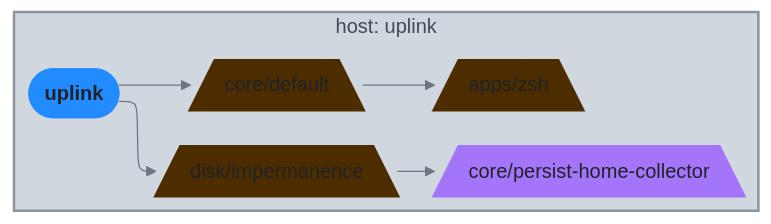
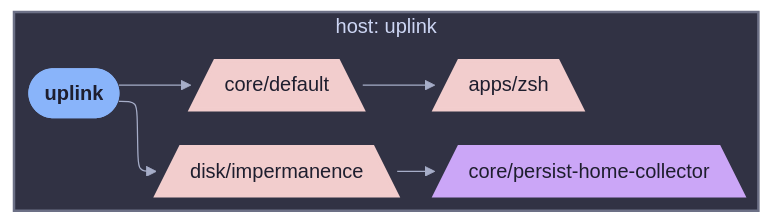
One commit to sini/nix-config changed the diagram in diagrams/hosts/uplink/class-homeManager.md. Above: the diagram before and after it, drawn with Mermaid. The commit also changed 142 other files, not shown here.

First line of the commit message:
feat(diagrams): use projectScope for per-host/user views

````diff
--- a/diagrams/hosts/uplink/class-homeManager.md
+++ b/diagrams/hosts/uplink/class-homeManager.md
@@ -5,28 +5,28 @@
 ```mermaid
-%%{init: {"elk":{"mergeEdges":true,"nodePlacementStrategy":"BRANDES_KOEPF"},"flowchart":{"wrappingWidth":600},"layout":"elk","theme":"base","themeVariables":{"activationBkgColor":"#d0d7de","activationBorderColor":"#8c959f","actorBkg":"#d0d7de","actorBorder":"#6e7781","actorLineColor":"#6e7781","actorTextColor":"#424a53","background":"#eaeef2","classText":"#424a53","clusterBkg":"#d0d7de","clusterBorder":"#8c959f","edgeLabelBackground":"#eaeef2","labelBoxBkgColor":"#d0d7de","labelBoxBorderColor":"#6e7781","labelTextColor":"#424a53","lineColor":"#6e7781","loopTextColor":"#424a53","mainBkg":"#d0d7de","nodeBkg":"#d0d7de","nodeBorder":"#6e7781","nodeTextColor":"#424a53","noteBkgColor":"#d0d7de","noteBorderColor":"#8c959f","noteTextColor":"#424a53","pie1":"#fa4549","pie2":"#e16f24","pie3":"#bf8700","pie4":"#2da44e","pie5":"#339D9B","pie6":"#218bff","pie7":"#a475f9","pie8":"#4d2d00","pieLegendTextColor":"#424a53","pieOuterStrokeColor":"#8c959f","pieSectionTextColor":"#424a53","pieStrokeColor":"#8c959f","pieTitleTextColor":"#424a53","primaryBorderColor":"#6e7781","primaryColor":"#d0d7de","primaryTextColor":"#424a53","secondBkg":"#d0d7de","secondaryBorderColor":"#8c959f","secondaryColor":"#d0d7de","secondaryTextColor":"#424a53","sequenceNumberColor":"#eaeef2","signalColor":"#6e7781","signalTextColor":"#424a53","tertiaryBorderColor":"#8c959f","tertiaryColor":"#d0d7de","tertiaryTextColor":"#424a53","textColor":"#424a53","titleColor":"#424a53"}}}%%
+%%{init: {"elk":{"mergeEdges":true,"nodePlacementStrategy":"BRANDES_KOEPF"},"flowchart":{"wrappingWidth":600},"layout":"elk","theme":"base","themeVariables":{"activationBkgColor":"#313244","activationBorderColor":"#6c7086","actorBkg":"#313244","actorBorder":"#a6adc8","actorLineColor":"#a6adc8","actorTextColor":"#cdd6f4","background":"#1e1e2e","classText":"#cdd6f4","clusterBkg":"#313244","clusterBorder":"#6c7086","edgeLabelBackground":"#1e1e2e","labelBoxBkgColor":"#313244","labelBoxBorderColor":"#a6adc8","labelTextColor":"#cdd6f4","lineColor":"#a6adc8","loopTextColor":"#cdd6f4","mainBkg":"#313244","nodeBkg":"#313244","nodeBorder":"#a6adc8","nodeTextColor":"#cdd6f4","noteBkgColor":"#313244","noteBorderColor":"#6c7086","noteTextColor":"#cdd6f4","pie1":"#f38ba8","pie2":"#fab387","pie3":"#f9e2af","pie4":"#a6e3a1","pie5":"#94e2d5","pie6":"#89b4fa","pie7":"#cba6f7","pie8":"#f2cdcd","pieLegendTextColor":"#cdd6f4","pieOuterStrokeColor":"#6c7086","pieSectionTextColor":"#cdd6f4","pieStrokeColor":"#6c7086","pieTitleTextColor":"#cdd6f4","primaryBorderColor":"#a6adc8","primaryColor":"#313244","primaryTextColor":"#cdd6f4","secondBkg":"#313244","secondaryBorderColor":"#6c7086","secondaryColor":"#313244","secondaryTextColor":"#cdd6f4","sequenceNumberColor":"#1e1e2e","signalColor":"#a6adc8","signalTextColor":"#cdd6f4","tertiaryBorderColor":"#6c7086","tertiaryColor":"#313244","tertiaryTextColor":"#cdd6f4","textColor":"#cdd6f4","titleColor":"#cdd6f4"}}}%%
 graph LR
   uplink([uplink]):::root
 
   subgraph ctx_host_uplink["host: uplink"]
   core__default[/"core/default"\]:::core__default_c
   disk__impermanence[/"disk/impermanence"\]:::disk__impermanence_c
   core__persist_home_collector[/"core/persist-home-collector"\]:::core__persist_home_collector_c
   apps__zsh[/"apps/zsh"\]:::apps__zsh_c
   core__default --> apps__zsh
   disk__impermanence --> core__persist_home_collector
   uplink --> core__default
   uplink --> disk__impermanence
   end
 
 
-  classDef root fill:#218bff,stroke:#218bff,color:#1f2328,font-weight:bold
-  classDef apps_c fill:#2da44e,stroke:#2da44e,color:#1f2328,stroke-dasharray: 3 3,stroke-width:1px
-  classDef core_c fill:#bf8700,stroke:#bf8700,color:#1f2328,stroke-dasharray: 3 3,stroke-width:1px
-  classDef core__default_c fill:#4d2d00,stroke:#4d2d00,color:#1f2328,stroke-width:3px
-  classDef disk_c fill:#2da44e,stroke:#2da44e,color:#1f2328,stroke-dasharray: 3 3,stroke-width:1px
-  classDef disk__impermanence_c fill:#4d2d00,stroke:#4d2d00,color:#1f2328,stroke-width:3px
-  classDef core__persist_home_collector_c fill:#a475f9,stroke:#a475f9,color:#1f2328,stroke-width:3px
-  classDef uplink_c fill:#a475f9,stroke:#a475f9,color:#1f2328,stroke-width:3px
-  classDef apps__zsh_c fill:#4d2d00,stroke:#4d2d00,color:#1f2328,stroke-width:3px
-style ctx_host_uplink fill:#d0d7de,stroke:#8c959f,stroke-width:2px
+  classDef root fill:#89b4fa,stroke:#89b4fa,color:#1e1e2e,font-weight:bold
+  classDef apps_c fill:#a6e3a1,stroke:#a6e3a1,color:#1e1e2e,stroke-dasharray: 3 3,stroke-width:1px
+  classDef core_c fill:#f9e2af,stroke:#f9e2af,color:#1e1e2e,stroke-dasharray: 3 3,stroke-width:1px
+  classDef core__default_c fill:#f2cdcd,stroke:#f2cdcd,color:#1e1e2e,stroke-width:3px
+  classDef disk_c fill:#a6e3a1,stroke:#a6e3a1,color:#1e1e2e,stroke-dasharray: 3 3,stroke-width:1px
+  classDef disk__impermanence_c fill:#f2cdcd,stroke:#f2cdcd,color:#1e1e2e,stroke-width:3px
+  classDef core__persist_home_collector_c fill:#cba6f7,stroke:#cba6f7,color:#1e1e2e,stroke-width:3px
+  classDef uplink_c fill:#cba6f7,stroke:#cba6f7,color:#1e1e2e,stroke-width:3px
+  classDef apps__zsh_c fill:#f2cdcd,stroke:#f2cdcd,color:#1e1e2e,stroke-width:3px
+style ctx_host_uplink fill:#313244,stroke:#6c7086,stroke-width:2px
 ```
````
